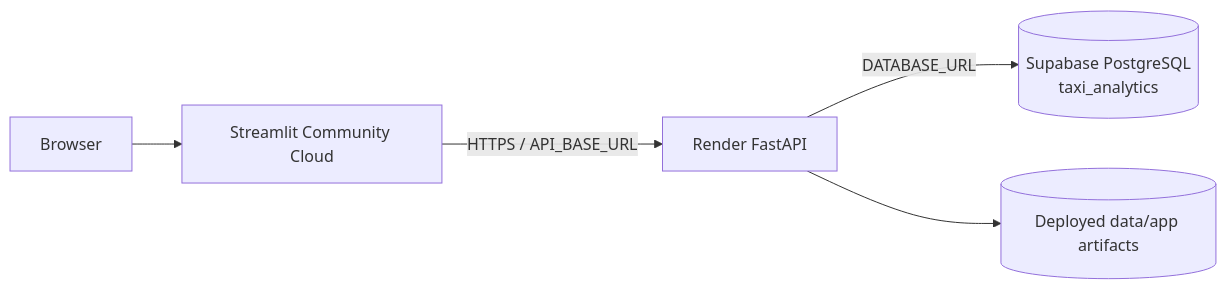
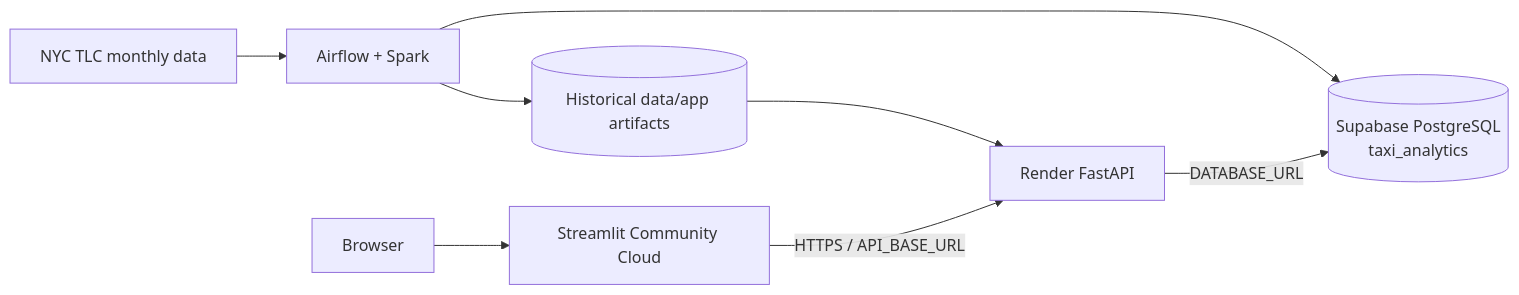
One commit to georgeballa7/NycTaxiDemandForecasting changed the diagram in docs/deployment.md. Above: the diagram before and after it, drawn with Mermaid. The commit also changed other lines of this file, not shown here.

````diff
--- a/docs/deployment.md
+++ b/docs/deployment.md
@@ -102,7 +16,10 @@
 ```mermaid
 flowchart LR
+    TLC[NYC TLC monthly data] --> AF[Airflow + Spark]
+    AF --> SU[(Supabase PostgreSQL\ntaxi_analytics)]
+    AF --> ART[(Historical data/app artifacts)]
     B[Browser] --> ST[Streamlit Community Cloud]
     ST -->|HTTPS / API_BASE_URL| RE[Render FastAPI]
-    RE -->|DATABASE_URL| SU[(Supabase PostgreSQL\ntaxi_analytics)]
-    RE --> AR[(Deployed data/app artifacts)]
+    RE -->|DATABASE_URL| SU
+    ART --> RE
 ```
````
